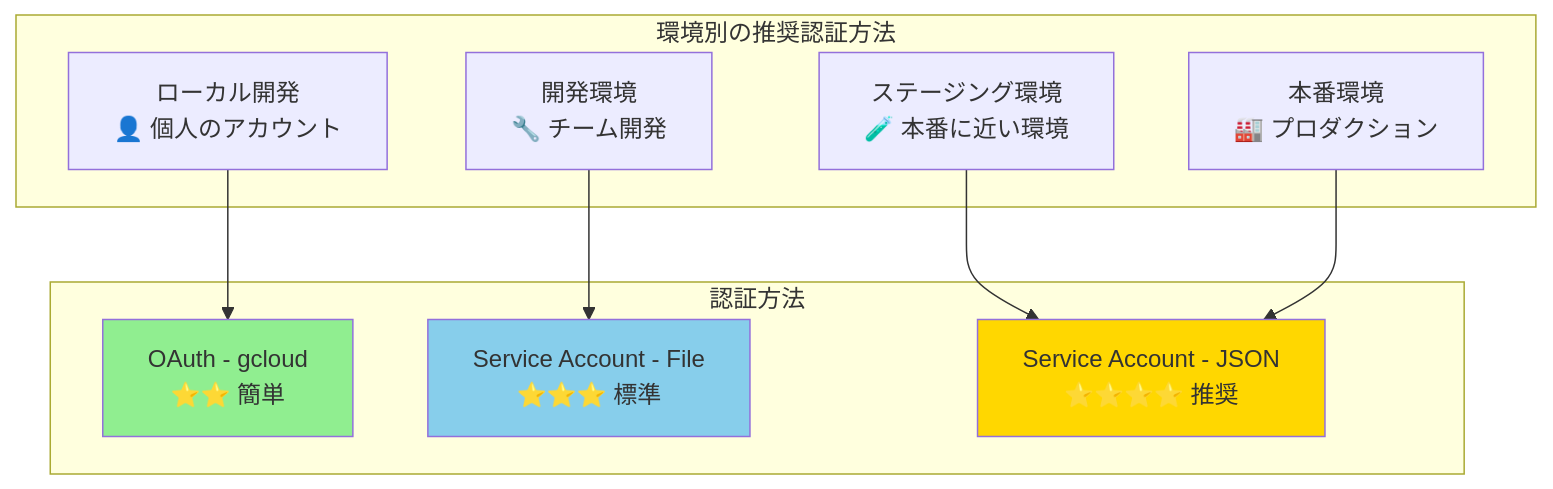
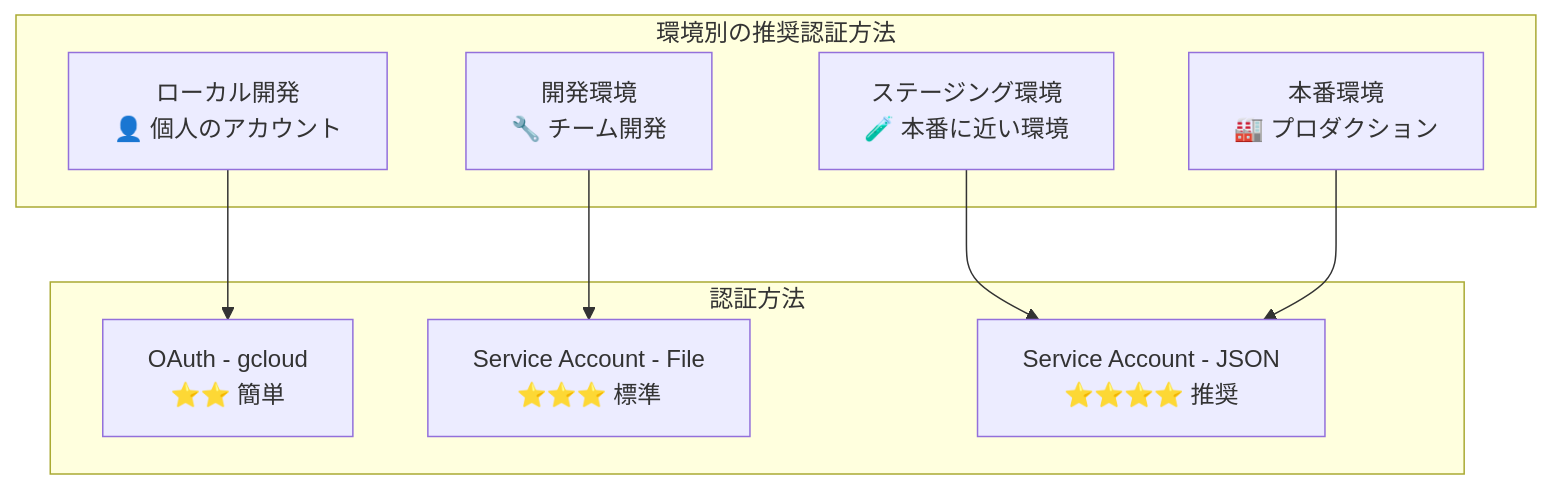
Before and after one commit to 1210yuichi0/1210yuichi0.github.io: the second of 8 diagrams in content/Tech/dbt/categories/bigquery-connection.md, drawn with Mermaid. The commit also changed other lines of this file and 22 other files, not shown here.

First line of the commit message:
style: remove Mermaid style directives for dark mode compatibility

````diff
--- a/content/Tech/dbt/categories/bigquery-connection.md
+++ b/content/Tech/dbt/categories/bigquery-connection.md
@@ -434,24 +431,21 @@
 ```mermaid
 graph TB
     subgraph "環境別の推奨認証方法"
         Local["ローカル開発<br/>👤 個人のアカウント"]
         Dev["開発環境<br/>🔧 チーム開発"]
         Staging["ステージング環境<br/>🧪 本番に近い環境"]
         Prod["本番環境<br/>🏭 プロダクション"]
     end
 
     subgraph "認証方法"
         OAuth_G["OAuth - gcloud<br/>⭐⭐ 簡単"]
         SA_File["Service Account - File<br/>⭐⭐⭐ 標準"]
         SA_JSON["Service Account - JSON<br/>⭐⭐⭐⭐ 推奨"]
     end
 
     Local --> OAuth_G
     Dev --> SA_File
     Staging --> SA_JSON
     Prod --> SA_JSON
 
-    style OAuth_G fill:#90EE90
-    style SA_File fill:#87CEEB
-    style SA_JSON fill:#FFD700
 ```
````
